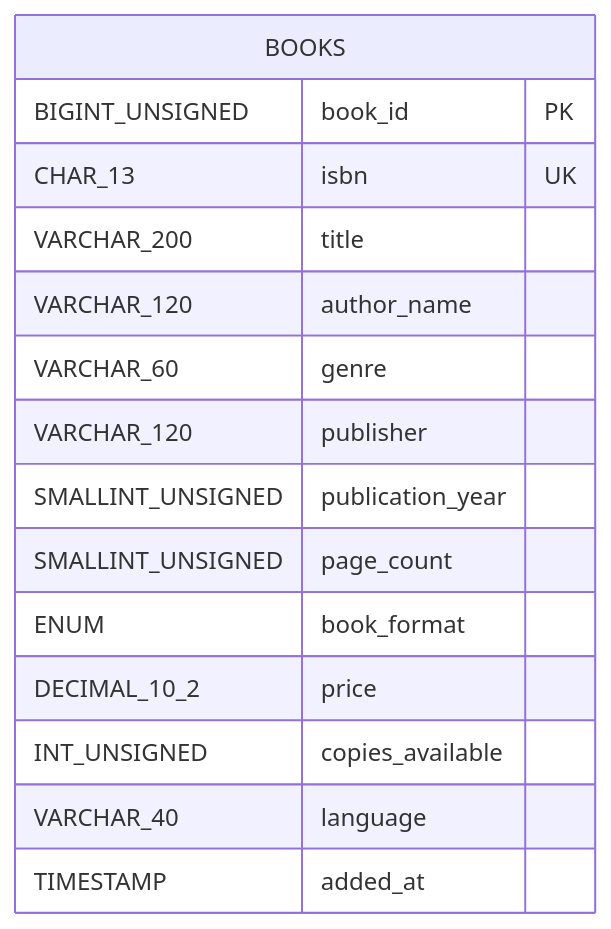
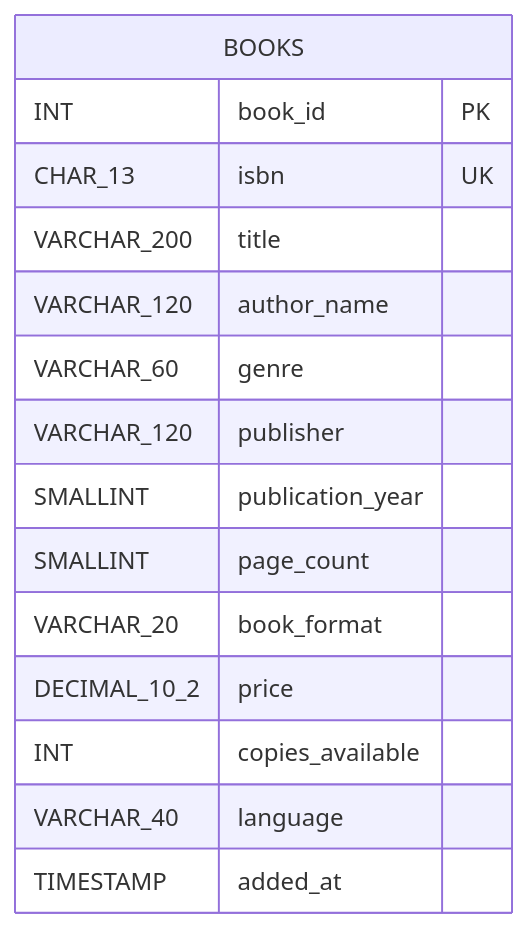
The eighth of 20 diagrams in sql-exercises-part-1.md (arvind-codegnan/cdg-hyd-jfs-058), drawn with Mermaid before and after one commit. The commit also changed other lines of this file, not shown here.

````diff
--- a/sql-exercises-part-1.md
+++ b/sql-exercises-part-1.md
@@ -309,18 +307,18 @@
 ```mermaid
 erDiagram
     BOOKS {
-        BIGINT_UNSIGNED book_id PK
+        INT book_id PK
         CHAR_13 isbn UK
         VARCHAR_200 title
         VARCHAR_120 author_name
         VARCHAR_60 genre
         VARCHAR_120 publisher
-        SMALLINT_UNSIGNED publication_year
-        SMALLINT_UNSIGNED page_count
-        ENUM book_format
+        SMALLINT publication_year
+        SMALLINT page_count
+        VARCHAR_20 book_format
         DECIMAL_10_2 price
-        INT_UNSIGNED copies_available
+        INT copies_available
         VARCHAR_40 language
         TIMESTAMP added_at
     }
 ```
````
